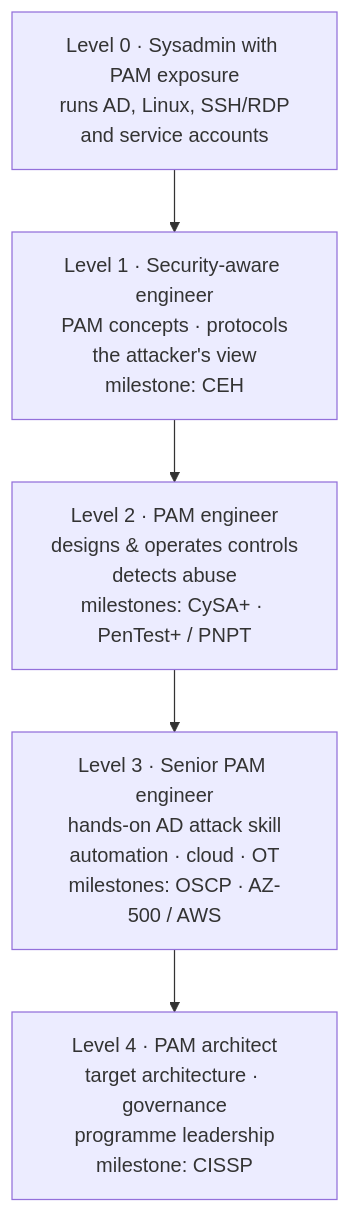
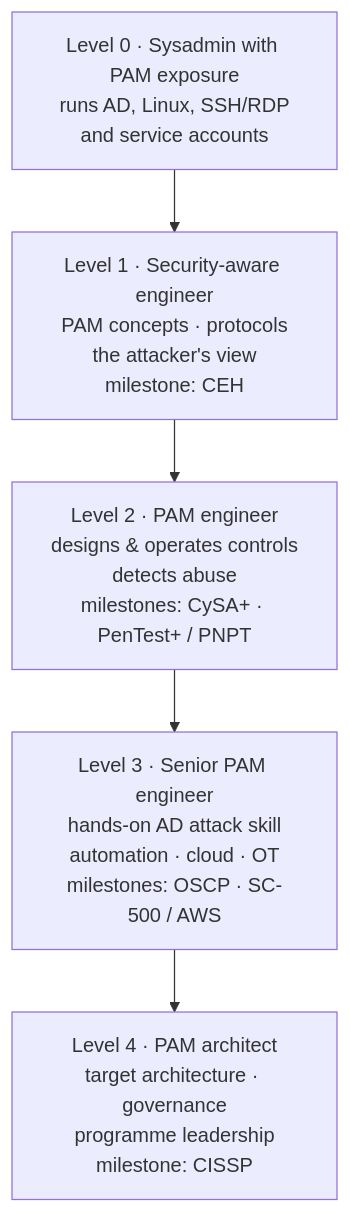
One commit to morandeirachema/CyberCerts changed the first of 2 diagrams in learning/roadmap.md. Above: the diagram before and after it, drawn with Mermaid. The commit also changed other lines of this file and 99 other files, not shown here.

````diff
--- a/learning/roadmap.md
+++ b/learning/roadmap.md
@@ -24,9 +24,9 @@
 ```mermaid
 flowchart TB
     L0["Level 0 · Sysadmin with PAM exposure<br/>runs AD, Linux, SSH/RDP<br/>and service accounts"]
     L1["Level 1 · Security-aware engineer<br/>PAM concepts · protocols<br/>the attacker's view<br/>milestone: CEH"]
     L2["Level 2 · PAM engineer<br/>designs & operates controls<br/>detects abuse<br/>milestones: CySA+ · PenTest+ / PNPT"]
-    L3["Level 3 · Senior PAM engineer<br/>hands-on AD attack skill<br/>automation · cloud · OT<br/>milestones: OSCP · AZ-500 / AWS"]
+    L3["Level 3 · Senior PAM engineer<br/>hands-on AD attack skill<br/>automation · cloud · OT<br/>milestones: OSCP · SC-500 / AWS"]
     L4["Level 4 · PAM architect<br/>target architecture · governance<br/>programme leadership<br/>milestone: CISSP"]
     L0 --> L1 --> L2 --> L3 --> L4
 ```
````
